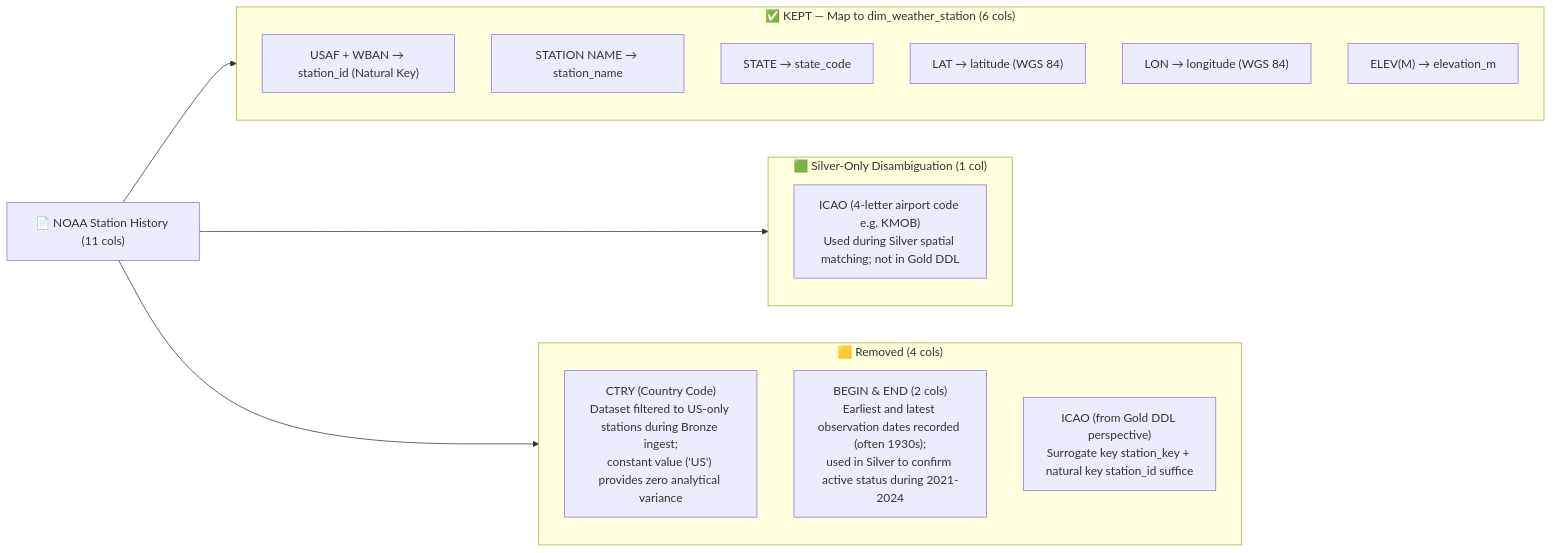
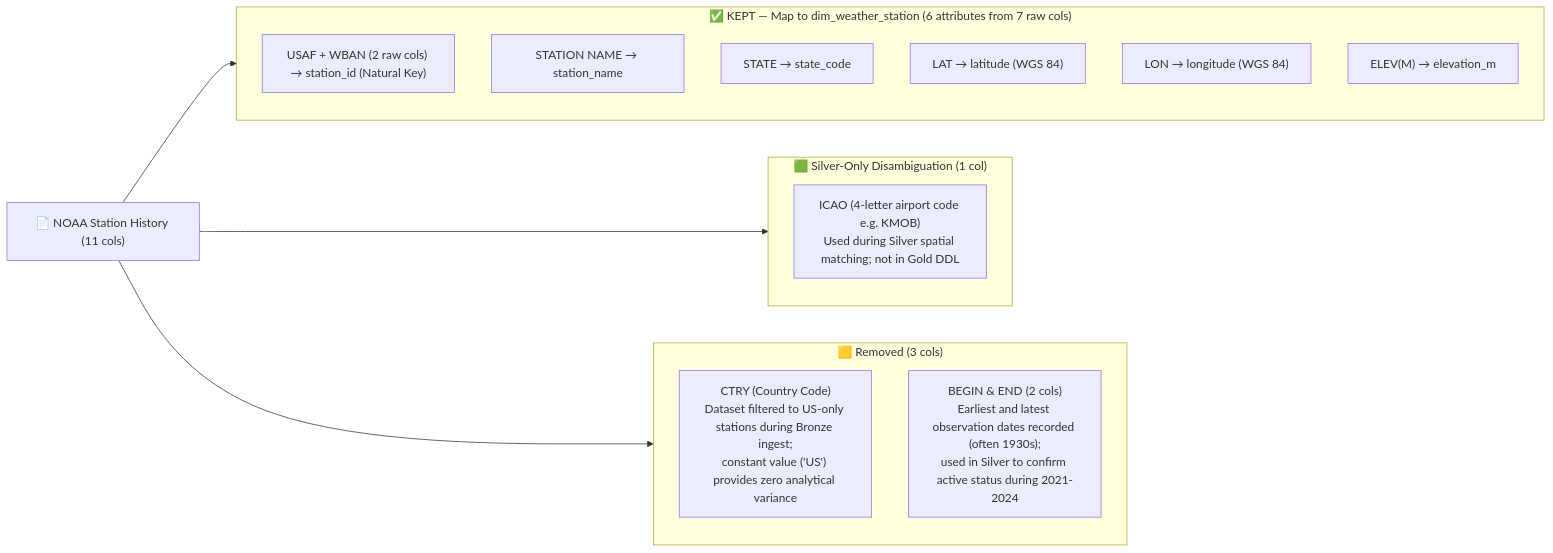
The ninth of 10 diagrams in 01_Project_Documentation/column_removal_map.md (Muhammad-Ibrahim-001/Project-AEGIS), drawn with Mermaid before and after one commit. The commit also changed other lines of this file, not shown here.

````diff
--- a/01_Project_Documentation/column_removal_map.md
+++ b/01_Project_Documentation/column_removal_map.md
@@ -448,27 +451,26 @@
 ```mermaid
 flowchart LR
     SRC["📄 NOAA Station History (11 cols)"]
 
-    subgraph KEEP["✅ KEPT — Map to dim_weather_station (6 cols)"]
-        K1["USAF + WBAN → station_id (Natural Key)"]
+    subgraph KEEP["✅ KEPT — Map to dim_weather_station (6 attributes from 7 raw cols)"]
+        K1["USAF + WBAN (2 raw cols) → station_id (Natural Key)"]
         K2["STATION NAME → station_name"]
         K3["STATE → state_code"]
         K4["LAT → latitude (WGS 84)"]
         K5["LON → longitude (WGS 84)"]
         K6["ELEV(M) → elevation_m"]
     end
 
     subgraph SILV["🟩 Silver-Only Disambiguation (1 col)"]
         S1["ICAO (4-letter airport code e.g. KMOB)\nUsed during Silver spatial matching; not in Gold DDL"]
     end
 
-    subgraph REM["🟨 Removed (4 cols)"]
+    subgraph REM["🟨 Removed (3 cols)"]
         R1["CTRY (Country Code)\nDataset filtered to US-only stations during Bronze ingest;\nconstant value ('US') provides zero analytical variance"]
         R2["BEGIN & END (2 cols)\nEarliest and latest observation dates recorded (often 1930s);\nused in Silver to confirm active status during 2021-2024"]
-        R3["ICAO (from Gold DDL perspective)\nSurrogate key station_key + natural key station_id suffice"]
     end
 
     SRC --> KEEP
     SRC --> SILV
     SRC --> REM
 ```
````
